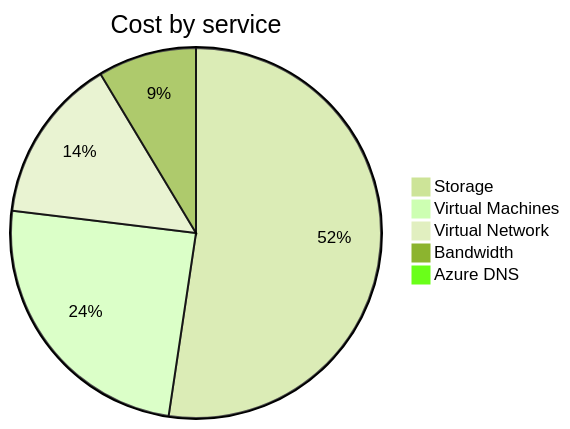
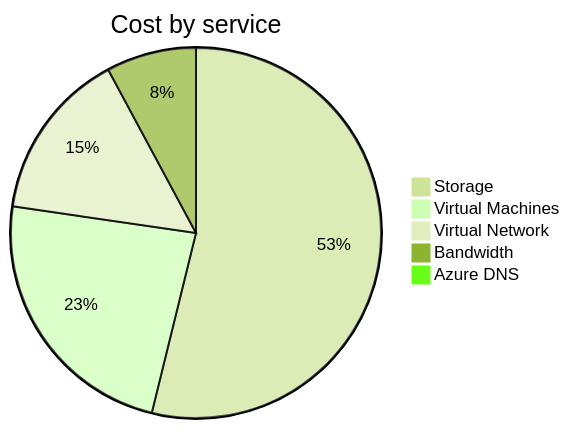
Before and after one commit to jpfulton/azure-personal-reports: the second of 4 diagrams in cost-reports/personal-network/README.md, drawn with Mermaid (forest theme). The commit also changed other lines of this file and 8 other files, not shown here.

````diff
--- a/cost-reports/personal-network/README.md
+++ b/cost-reports/personal-network/README.md
@@ -97,9 +97,9 @@
 ```mermaid
 pie
    title Cost by service
-   "Storage" : 16.18
-   "Virtual Machines" : 7.59
-   "Virtual Network" : 4.47
+   "Storage" : 18.24
+   "Virtual Machines" : 7.95
+   "Virtual Network" : 5.03
    "Bandwidth" : 2.66
-   "Azure DNS" : 0.30
+   "Azure DNS" : 0.34
 ```
````
